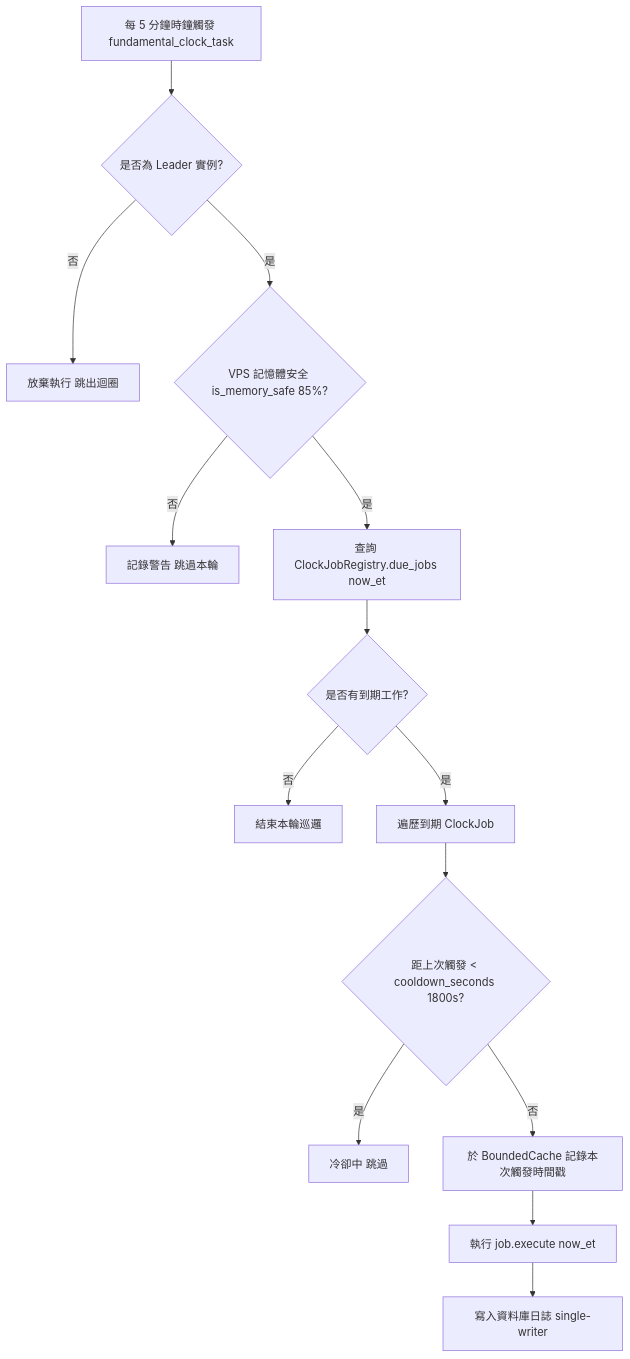
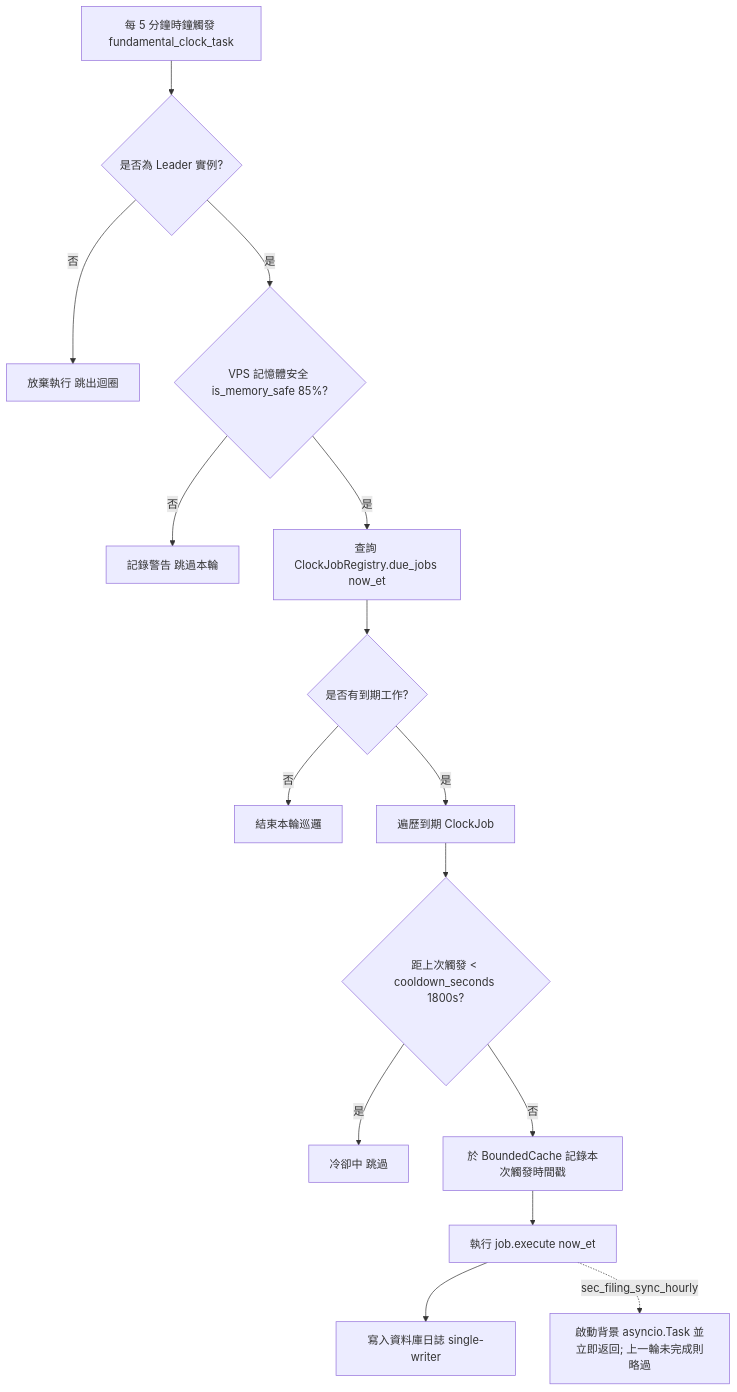
The diagram in docs/architecture/06_fundamental_pipeline_and_event_clock.md (cosmo-chang-1701/nexus-seeker), drawn with Mermaid before and after one commit. The commit also changed other lines of this file and 14 other files, not shown here.

````diff
--- a/docs/architecture/06_fundamental_pipeline_and_event_clock.md
+++ b/docs/architecture/06_fundamental_pipeline_and_event_clock.md
@@ -54,16 +55,17 @@
 ```mermaid
 flowchart TD
     A[每 5 分鐘時鐘觸發 fundamental_clock_task] --> B{是否為 Leader 實例?}
     B -- 否 --> C[放棄執行 跳出迴圈]
     B -- 是 --> D{VPS 記憶體安全 is_memory_safe 85%?}
     D -- 否 --> E[記錄警告 跳過本輪]
     D -- 是 --> F[查詢 ClockJobRegistry.due_jobs now_et]
     F --> G{是否有到期工作?}
     G -- 否 --> H[結束本輪巡邏]
     G -- 是 --> I[遍歷到期 ClockJob]
     I --> J{距上次觸發 < cooldown_seconds 1800s?}
     J -- 是 --> K[冷卻中 跳過]
     J -- 否 --> L[於 BoundedCache 記錄本次觸發時間戳]
     L --> M[執行 job.execute now_et]
     M --> N[寫入資料庫日誌 single-writer]
+    M -.->|sec_filing_sync_hourly| BG[啟動背景 asyncio.Task 並立即返回; 上一輪未完成則略過]
 ```
````
